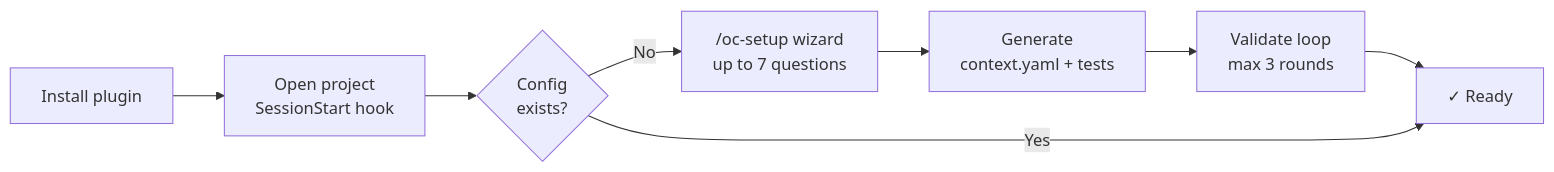
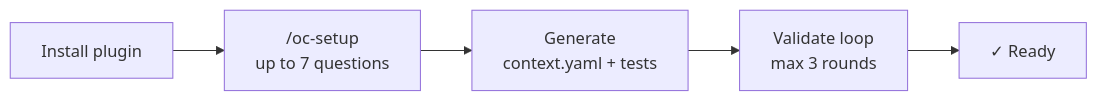
The first of 2 diagrams in README.md (oopsla5xx/open-context), drawn with Mermaid before and after one commit. The commit also changed other lines of this file and 2 other files, not shown here.

First line of the commit message:
docs: split Setup from Install, fix wrong /plugin update command

````diff
--- a/README.md
+++ b/README.md
@@ -115,10 +123,7 @@
 ```mermaid
 flowchart LR
-    A[Install plugin] --> B[Open project\nSessionStart hook]
-    B --> C{Config\nexists?}
-    C -->|No| D["/oc-setup wizard\nup to 7 questions"]
-    D --> E[Generate\ncontext.yaml + tests]
-    E --> F[Validate loop\nmax 3 rounds]
-    F --> G["✓ Ready"]
-    C -->|Yes| G
+    A[Install plugin] --> B["/oc-setup\nup to 7 questions"]
+    B --> C[Generate\ncontext.yaml + tests]
+    C --> D[Validate loop\nmax 3 rounds]
+    D --> E["✓ Ready"]
 ```
````
